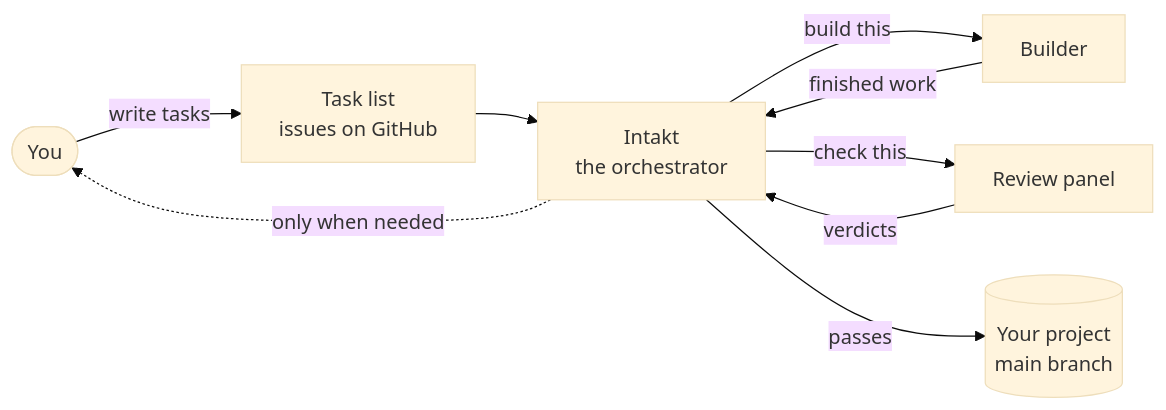
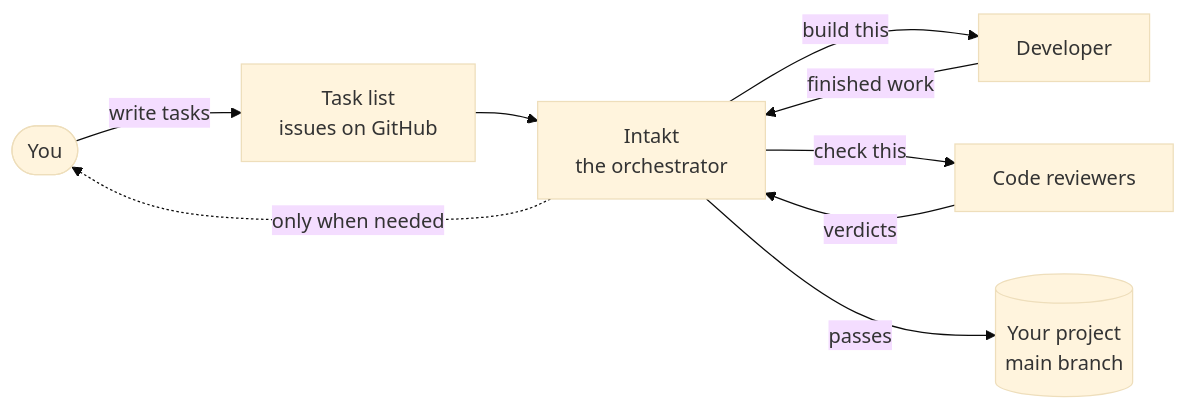
Before and after one commit to shinyredapples/intakt: the first of 6 diagrams in docs/guide/how-intakt-works.md, drawn with Mermaid (base theme). The commit also changed other lines of this file and 22 other files, not shown here.

````diff
--- a/docs/guide/how-intakt-works.md
+++ b/docs/guide/how-intakt-works.md
@@ -22,11 +35,11 @@
 ```mermaid
 flowchart LR
   you([You]) -- write tasks --> list[Task list<br/>issues on GitHub]
   list --> intakt[Intakt<br/>the orchestrator]
-  intakt -- "build this" --> builder[Builder]
-  builder -- finished work --> intakt
-  intakt -- "check this" --> reviewers[Review panel]
+  intakt -- "build this" --> developer[Developer]
+  developer -- finished work --> intakt
+  intakt -- "check this" --> reviewers[Code reviewers]
   reviewers -- verdicts --> intakt
   intakt -- passes --> project[(Your project<br/>main branch)]
   intakt -. only when needed .-> you
 ```
````
